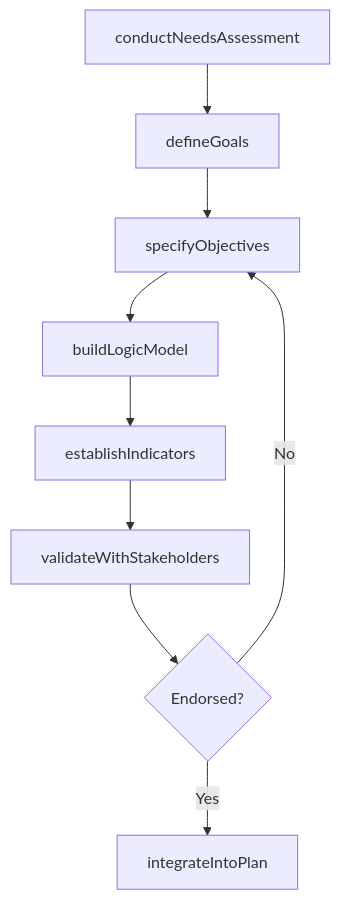
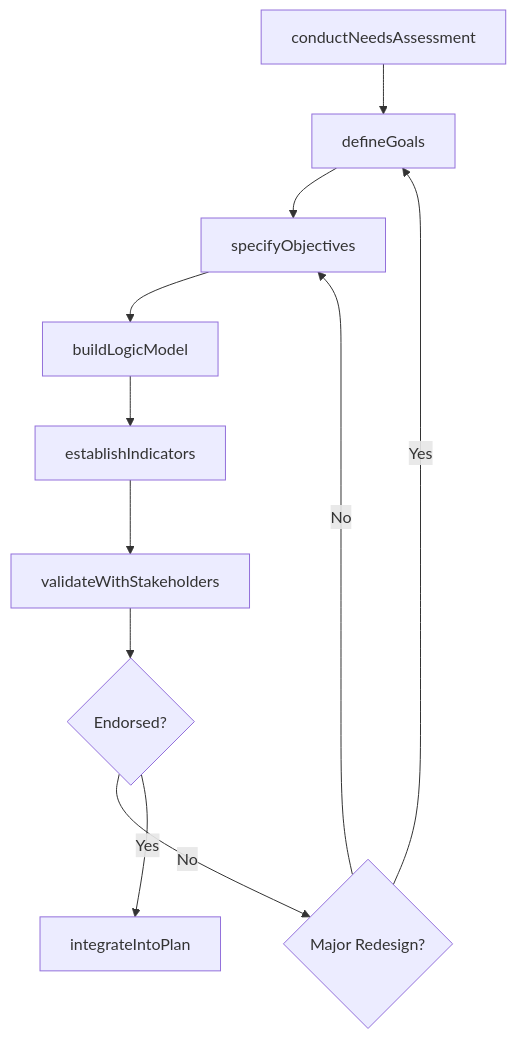
One commit to dot-org-ai/tasks.org.ai changed the third of 4 diagrams in OrganizingPlanningAndPrioritizingWork/DevelopOrganizationalGoalsOrObjectives/DevelopProgramGoalsObjectives.mdx. Above: the diagram before and after it, drawn with Mermaid. The commit also changed other lines of this file and 504 other files, not shown here.

First line of the commit message:
feat: Add ER diagrams, state diagrams, and workflow improvements to 96 DWA task files

````diff
--- a/OrganizingPlanningAndPrioritizingWork/DevelopOrganizationalGoalsOrObjectives/DevelopProgramGoalsObjectives.mdx
+++ b/OrganizingPlanningAndPrioritizingWork/DevelopOrganizationalGoalsOrObjectives/DevelopProgramGoalsObjectives.mdx
@@ -89,11 +117,13 @@
 ```mermaid
 graph TD
     A[conductNeedsAssessment] --> B[defineGoals]
     B --> C[specifyObjectives]
     C --> D[buildLogicModel]
     D --> E[establishIndicators]
     E --> F[validateWithStakeholders]
     F --> G{Endorsed?}
-    G -->|No| C
-    G -->|Yes| H[integrateIntoPlan]
+    G -->|No| H{Major Redesign?}
+    H -->|Yes| B
+    H -->|No| C
+    G -->|Yes| I[integrateIntoPlan]
 ```
````
